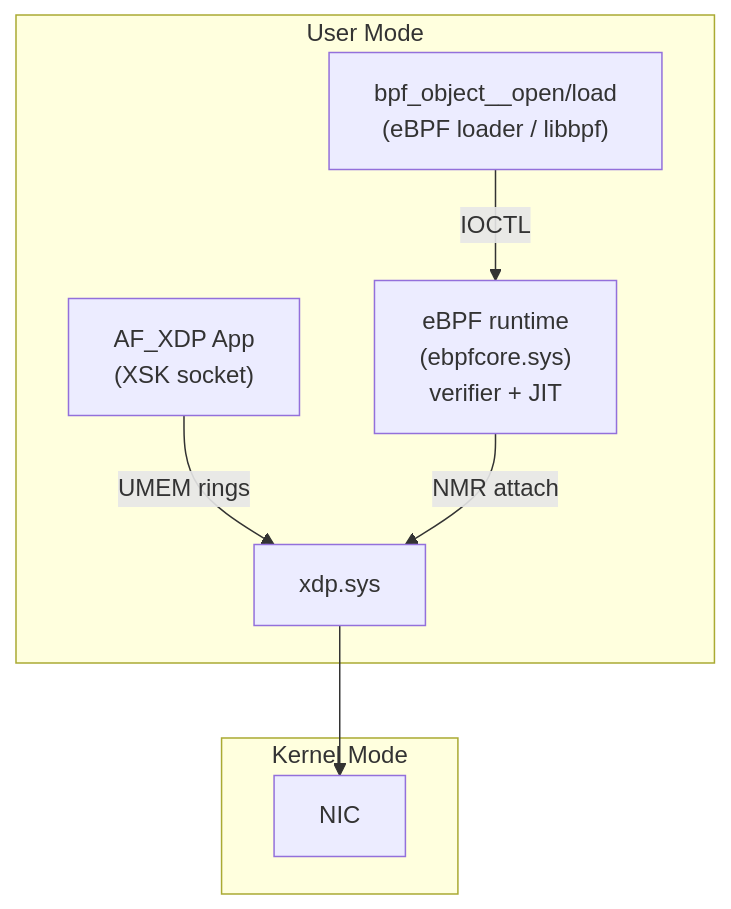
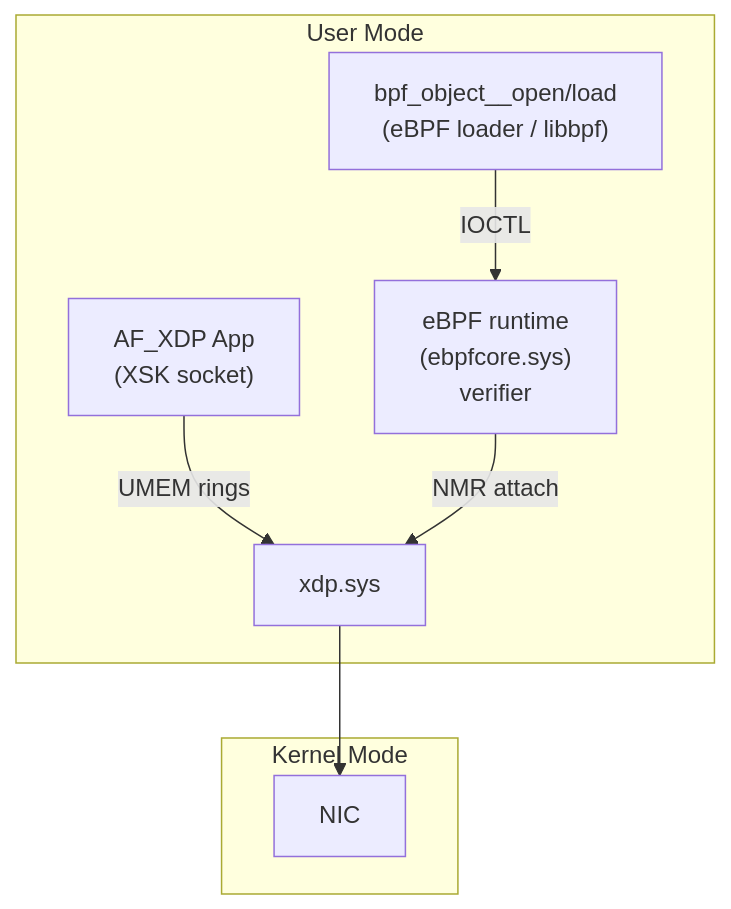
Before and after one commit to microsoft/xdp-for-windows: the diagram in docs/ebpf.md, drawn with Mermaid. The commit also changed other lines of this file and 30 other files, not shown here.

````diff
--- a/docs/ebpf.md
+++ b/docs/ebpf.md
@@ -28,12 +28,12 @@
 ```mermaid
 graph TD
     subgraph User Mode
         A["AF_XDP App<br/>(XSK socket)"] -- UMEM rings --> X[xdp.sys]
-        B["bpf_object__open/load<br/>(eBPF loader / libbpf)"] -- IOCTL --> E["eBPF runtime<br/>(ebpfcore.sys)<br/>verifier + JIT"]
+        B["bpf_object__open/load<br/>(eBPF loader / libbpf)"] -- IOCTL --> E["eBPF runtime<br/>(ebpfcore.sys)<br/>verifier"]
     end
 
     subgraph Kernel Mode
         E -- NMR attach --> X
         X --> NIC
     end
 ```
````
